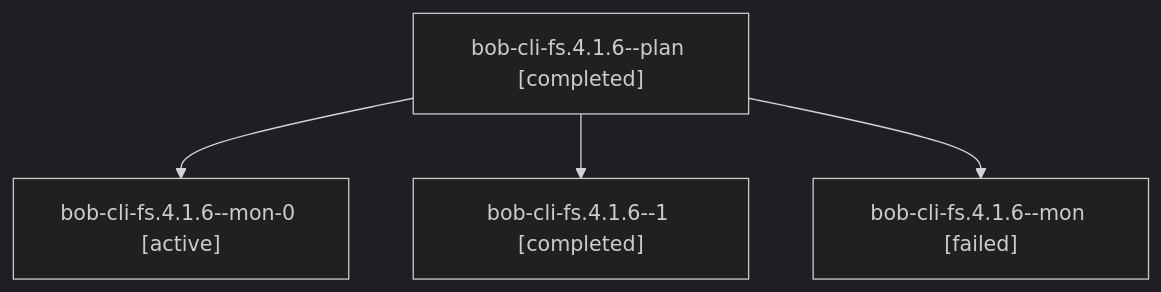
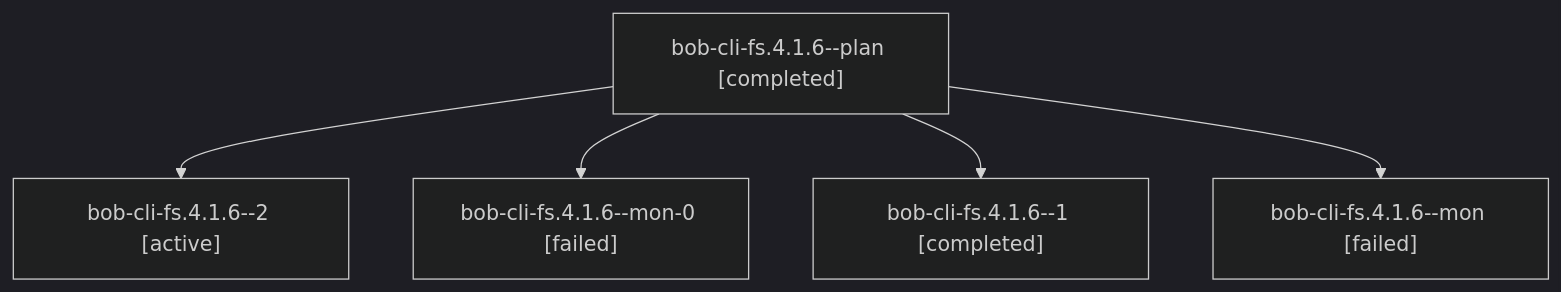
Before and after one commit to bobs-org/bob-cli--agents: the diagram in sessions/bbugyi200.athena.bob-cli-fs.4.1.6.md, drawn with Mermaid (dark theme). The commit also changed other lines of this file and 79 other files, not shown here.

````diff
--- a/sessions/bbugyi200.athena.bob-cli-fs.4.1.6.md
+++ b/sessions/bbugyi200.athena.bob-cli-fs.4.1.6.md
@@ -9,10 +9,12 @@
 ```mermaid
 flowchart TD
   n0["bob-cli-fs.4.1.6--plan [completed]"]
-  n1["bob-cli-fs.4.1.6--mon-0 [active]"]
+  n1["bob-cli-fs.4.1.6--2 [active]"]
   n0 --> n1
-  n2["bob-cli-fs.4.1.6--1 [completed]"]
+  n2["bob-cli-fs.4.1.6--mon-0 [failed]"]
   n0 --> n2
-  n3["bob-cli-fs.4.1.6--mon [failed]"]
+  n3["bob-cli-fs.4.1.6--1 [completed]"]
   n0 --> n3
+  n4["bob-cli-fs.4.1.6--mon [failed]"]
+  n0 --> n4
 ```
````
